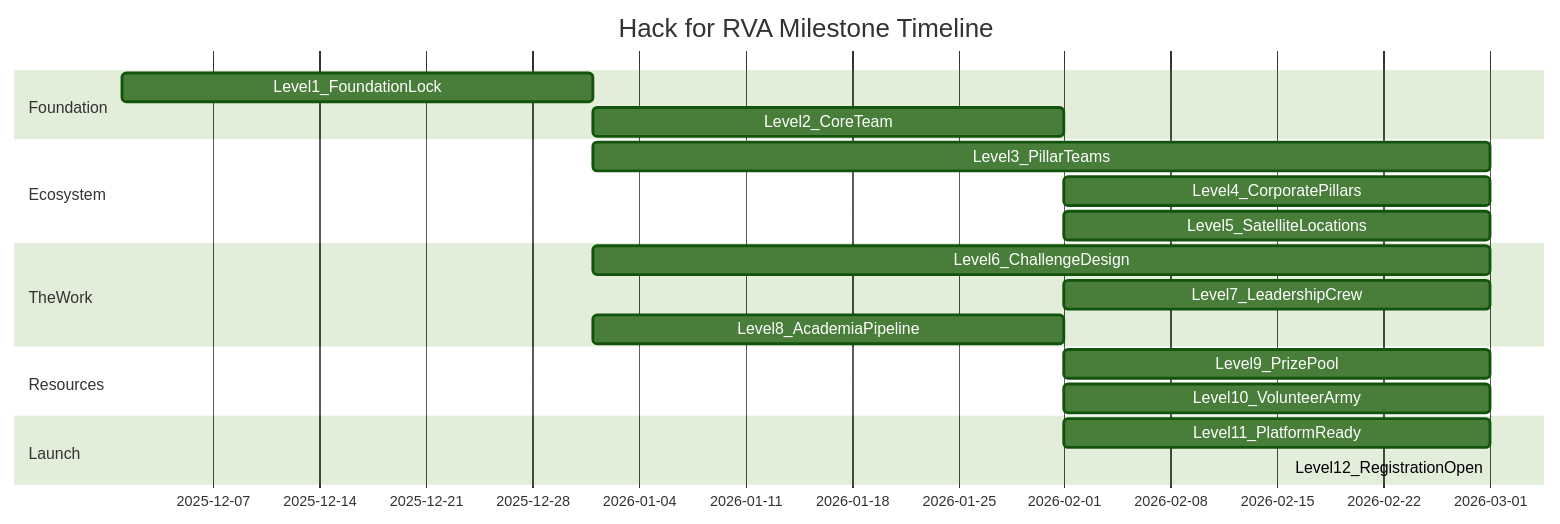
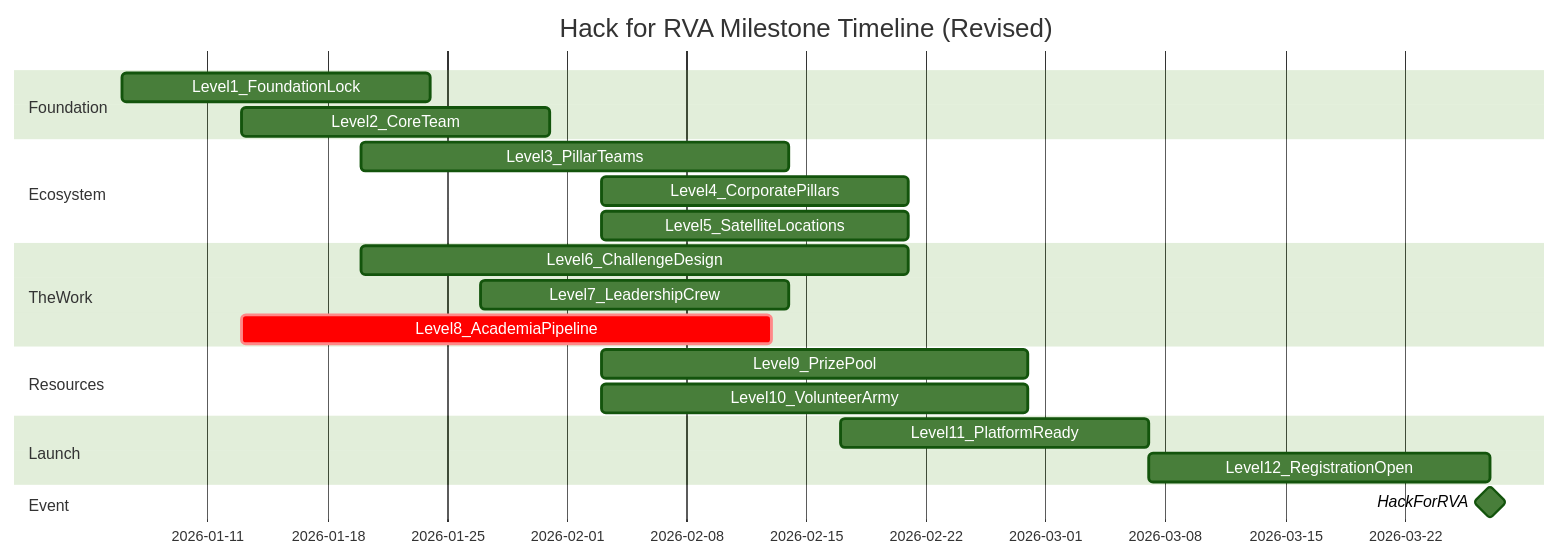
Before and after one commit to hack4rva/rvahacks: the diagram in knowledge-base/01-planning-strategy/communication-plan.md, drawn with Mermaid (forest theme). The commit also changed other lines of this file and 2 other files, not shown here.

Commit message:
docs(kb): revise communication plan timeline - Acts I-IV complete by end of Feb

````diff
--- a/knowledge-base/01-planning-strategy/communication-plan.md
+++ b/knowledge-base/01-planning-strategy/communication-plan.md
@@ -52,22 +52,24 @@
 ```mermaid
 gantt
-    title Hack for RVA Milestone Timeline
-    dateFormat YYYY-MM
+    title Hack for RVA Milestone Timeline (Revised)
+    dateFormat YYYY-MM-DD
     section Foundation
-    Level1_FoundationLock :l1, 2025-12, 2026-01
-    Level2_CoreTeam :l2, 2026-01, 2026-02
+    Level1_FoundationLock :l1, 2026-01-06, 2026-01-24
+    Level2_CoreTeam :l2, 2026-01-13, 2026-01-31
     section Ecosystem
-    Level3_PillarTeams :l3, 2026-01, 2026-03
-    Level4_CorporatePillars :l4, 2026-02, 2026-03
-    Level5_SatelliteLocations :l5, 2026-02, 2026-03
+    Level3_PillarTeams :l3, 2026-01-20, 2026-02-14
+    Level4_CorporatePillars :l4, 2026-02-03, 2026-02-21
+    Level5_SatelliteLocations :l5, 2026-02-03, 2026-02-21
     section TheWork
-    Level6_ChallengeDesign :l6, 2026-01, 2026-03
-    Level7_LeadershipCrew :l7, 2026-02, 2026-03
-    Level8_AcademiaPipeline :l8, 2026-01, 2026-02
+    Level6_ChallengeDesign :l6, 2026-01-20, 2026-02-21
+    Level7_LeadershipCrew :l7, 2026-01-27, 2026-02-14
+    Level8_AcademiaPipeline :crit, l8, 2026-01-13, 2026-02-13
     section Resources
-    Level9_PrizePool :l9, 2026-02, 2026-03
-    Level10_VolunteerArmy :l10, 2026-02, 2026-03
+    Level9_PrizePool :l9, 2026-02-03, 2026-02-28
+    Level10_VolunteerArmy :l10, 2026-02-03, 2026-02-28
     section Launch
-    Level11_PlatformReady :l11, 2026-02, 2026-03
-    Level12_RegistrationOpen :l12, 2026-03, 2026-03
+    Level11_PlatformReady :l11, 2026-02-17, 2026-03-07
+    Level12_RegistrationOpen :l12, 2026-03-07, 2026-03-27
+    section Event
+    HackForRVA :milestone, 2026-03-27, 0d
 ```
````
